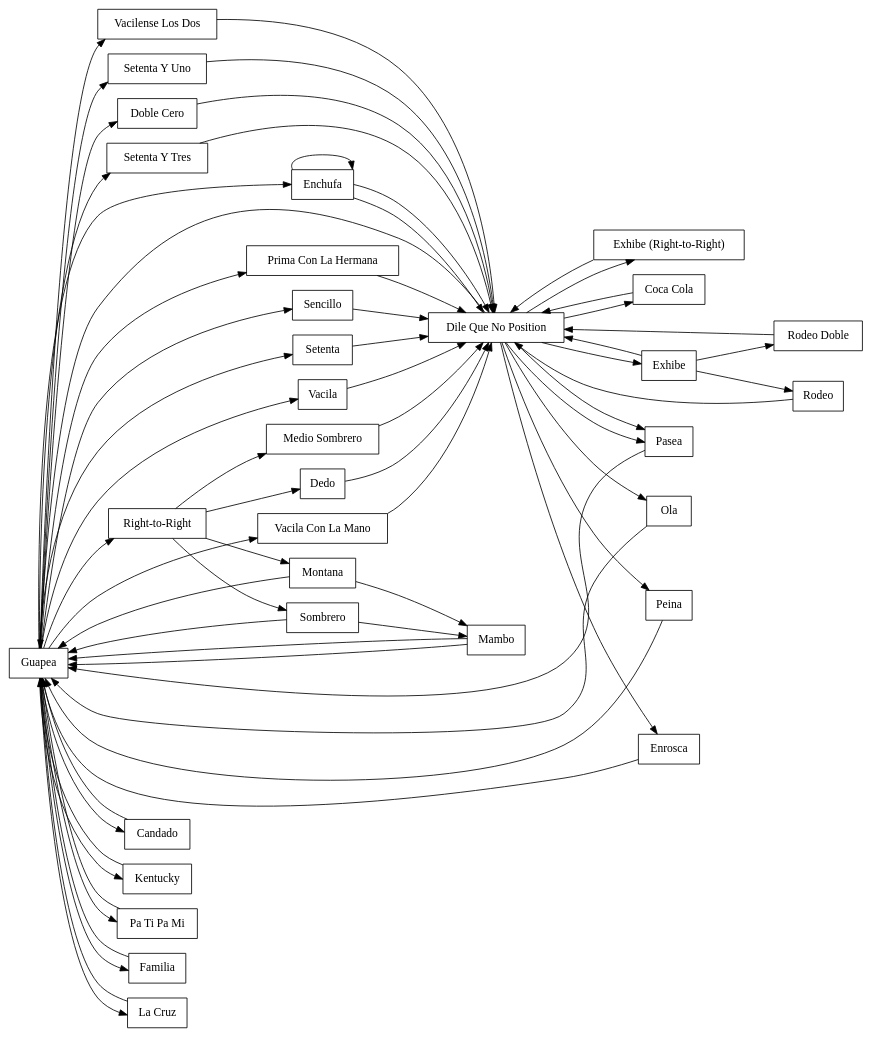
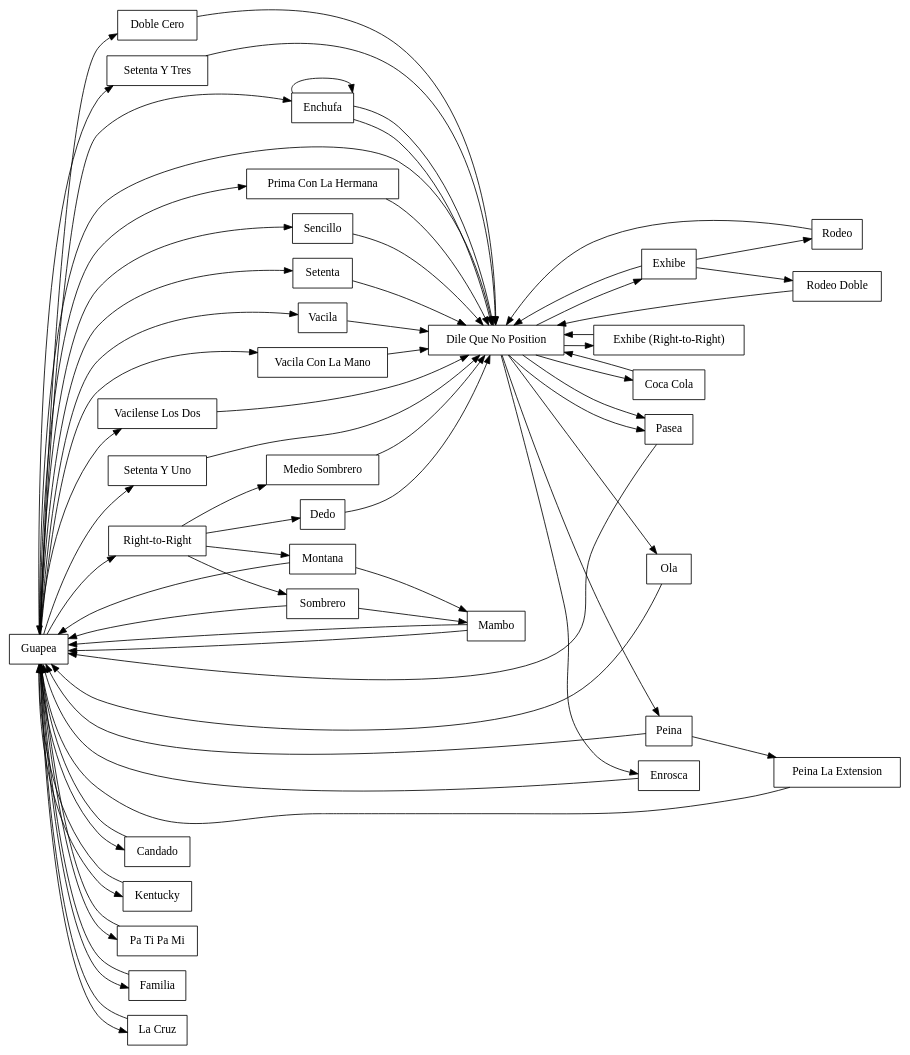
The diagram in social_all_dile_que_no_is_same.dot (adharsh/Salsa), drawn with Graphviz before and after one commit. The commit also changed 3 other files, not shown here.

```diff
--- a/social_all_dile_que_no_is_same.dot
+++ b/social_all_dile_que_no_is_same.dot
@@ -1,91 +1,98 @@
 
 /*
+Example choreographies:
+- peina, peina la extension (turn myself, turn partner), pa ti pa mi
+- echufa, enchufa, exhibe rodeo (or rodeo double), peina
+
 Notes
 - Guapea can be skipped
 - Rueda moves, add *, can be disabled
 
 Others:
 - https://bachatasteps.com/?topic=salsa&options=newest
 - https://www.makelinux.net/salsa/
 - guapea -> familia -> guapea, does it end in dilequeno?
 - tf is traslado?
 - la cruz ends in dile que no position or guapea?
 - exhibe (right-to-right), only option is pasea?
 
-Can all dile que no positions can be right-to-right?
+- Can all dile que no positions can be right-to-right?
+- Should I add back in closed position moves?
+   - Which implies after any dile que no closed position?
 
 */
 
 digraph SalsaDanceMoves {
   rankdir=LR; 
   node [shape=box];
   edge [color=black];
 
   // Level 1
   Guapea -> Enchufa;
   Enchufa -> "Dile Que No Position";
   Enchufa -> "Dile Que No Position";
   "Dile Que No Position" -> Guapea;
   "Dile Que No Position" -> Exhibe;
   "Dile Que No Position" -> Pasea;
   "Dile Que No Position" -> Pasea;
   Pasea -> Guapea;
   Exhibe -> "Dile Que No Position";
   
   // Closed Position - usually only in beginning, so commented out
   // "Dile Que No Position" -> "Closed Position";
   // "Closed Position" -> "Caminamos Arriba" -> "Caminamos Abajo";
   // "Closed Position" -> "Caminamos Abajo" -> "Caminamos Arriba";
   // "Caminamos Arriba" -> Basico;
   // "Caminamos Abajo" -> Basico;
   // "Caminamos Arriba" -> "Lleva Abajo";
   // "Caminamos Abajo" -> "Lleva Abajo";
   // "Lleva Abajo" -> Exhibe;
 
   // Level 2a
   Enchufa -> Enchufa;
   Guapea -> Candado -> Guapea;
   Guapea -> Kentucky -> Guapea;
   Guapea -> "Pa Ti Pa Mi" -> Guapea;
 
   // Level 2b
   Guapea -> "Prima Con La Hermana" -> "Dile Que No Position";
   Guapea -> Familia -> Guapea;
 
   // Level 2c
   Exhibe -> Rodeo -> "Dile Que No Position";
   Exhibe -> "Rodeo Doble" -> "Dile Que No Position";
   Guapea -> "La Cruz" -> Guapea;
 
   // Level 2d
   Guapea -> Sencillo -> "Dile Que No Position";
   Guapea -> Setenta -> "Dile Que No Position";
   //"Dile Que No Position" -> "Flare - Leader Left Arm Extension" -> Guapea;
 
   // Level 3a
   Guapea -> Vacila -> "Dile Que No Position";
   Guapea -> "Vacila Con La Mano" -> "Dile Que No Position";
   Guapea -> "Vacilense Los Dos" -> "Dile Que No Position";
   Guapea -> "Right-to-Right";
   "Right-to-Right" -> "Medio Sombrero" -> "Dile Que No Position";
   "Dile Que No Position" -> "Exhibe (Right-to-Right)" -> "Dile Que No Position";
 
   // Level 3b
   "Right-to-Right" -> Sombrero -> Guapea;
   Sombrero -> Mambo -> Guapea;
   "Dile Que No Position" -> Ola -> Guapea;
   "Right-to-Right" -> Dedo -> "Dile Que No Position";
   "Right-to-Right" -> Montana -> Guapea;
   Montana -> Mambo -> Guapea;
   //"Dile Que No Position" -> "Flare - Leader Left Arm Extension" -> "Dile Que No Position";
 
   // Level 3c
   "Dile Que No Position" -> Peina -> Guapea;
+  Peina -> "Peina La Extension" -> Guapea;
   "Dile Que No Position" -> Enrosca -> Guapea;
   Guapea -> "Setenta Y Uno" -> "Dile Que No Position";
   "Dile Que No Position" -> "Coca Cola" -> "Dile Que No Position";
 
   // Level 3d
   Guapea -> "Doble Cero" -> "Dile Que No Position";
   Guapea -> "Setenta Y Tres" -> "Dile Que No Position";
 }
```
